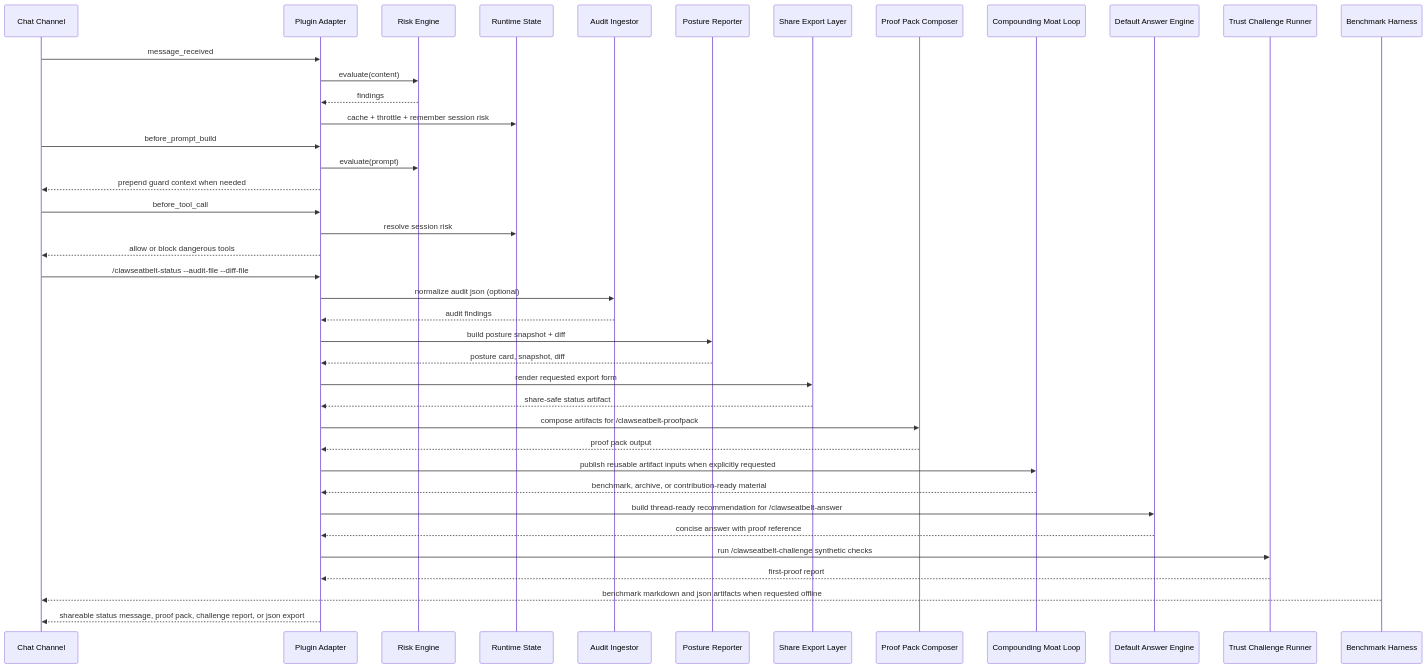
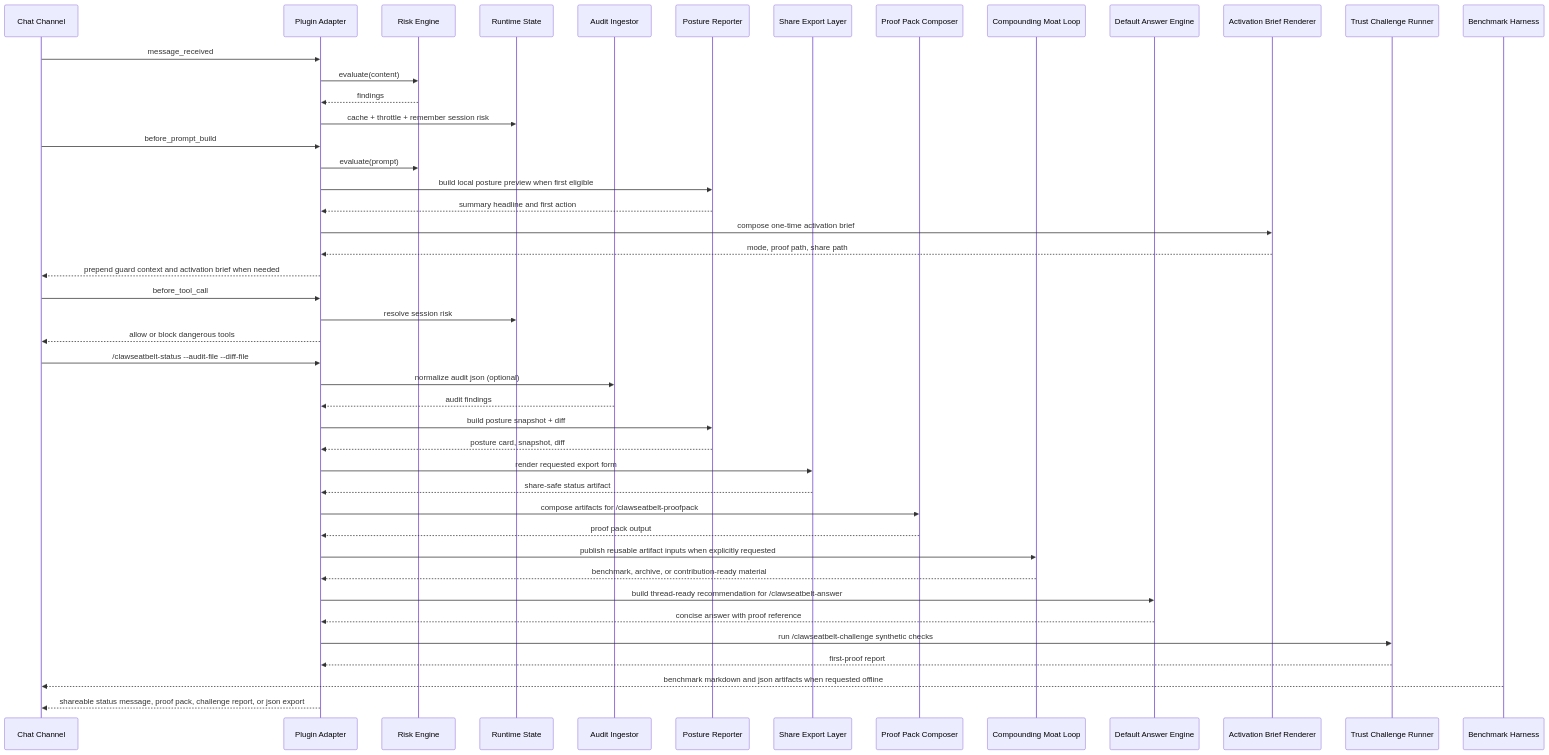
The second of 3 diagrams in docs/architecture/system-overview.md (cschanhniem/clawshield), drawn with Mermaid before and after one commit. The commit also changed other lines of this file and 40 other files, not shown here.

Commit message:
Release 0.1.3 with activation brief and Telegram aliases

````diff
--- a/docs/architecture/system-overview.md
+++ b/docs/architecture/system-overview.md
@@ -44,43 +47,48 @@
 ```mermaid
 sequenceDiagram
   participant Channel as Chat Channel
   participant Adapter as Plugin Adapter
   participant Risk as Risk Engine
   participant State as Runtime State
   participant Audit as Audit Ingestor
   participant Report as Posture Reporter
   participant Export as Share Export Layer
   participant ProofPack as Proof Pack Composer
   participant Moat as Compounding Moat Loop
   participant Answer as Default Answer Engine
+  participant Brief as Activation Brief Renderer
   participant Challenge as Trust Challenge Runner
   participant Benchmark as Benchmark Harness
 
   Channel->>Adapter: message_received
   Adapter->>Risk: evaluate(content)
   Risk-->>Adapter: findings
   Adapter->>State: cache + throttle + remember session risk
   Channel->>Adapter: before_prompt_build
   Adapter->>Risk: evaluate(prompt)
-  Adapter-->>Channel: prepend guard context when needed
+  Adapter->>Report: build local posture preview when first eligible
+  Report-->>Adapter: summary headline and first action
+  Adapter->>Brief: compose one-time activation brief
+  Brief-->>Adapter: mode, proof path, share path
+  Adapter-->>Channel: prepend guard context and activation brief when needed
   Channel->>Adapter: before_tool_call
   Adapter->>State: resolve session risk
   Adapter-->>Channel: allow or block dangerous tools
   Channel->>Adapter: /clawseatbelt-status --audit-file --diff-file
   Adapter->>Audit: normalize audit json (optional)
   Audit-->>Adapter: audit findings
   Adapter->>Report: build posture snapshot + diff
   Report-->>Adapter: posture card, snapshot, diff
   Adapter->>Export: render requested export form
   Export-->>Adapter: share-safe status artifact
   Adapter->>ProofPack: compose artifacts for /clawseatbelt-proofpack
   ProofPack-->>Adapter: proof pack output
   Adapter->>Moat: publish reusable artifact inputs when explicitly requested
   Moat-->>Adapter: benchmark, archive, or contribution-ready material
   Adapter->>Answer: build thread-ready recommendation for /clawseatbelt-answer
   Answer-->>Adapter: concise answer with proof reference
   Adapter->>Challenge: run /clawseatbelt-challenge synthetic checks
   Challenge-->>Adapter: first-proof report
   Benchmark-->>Channel: benchmark markdown and json artifacts when requested offline
   Adapter-->>Channel: shareable status message, proof pack, challenge report, or json export
 ```
````
